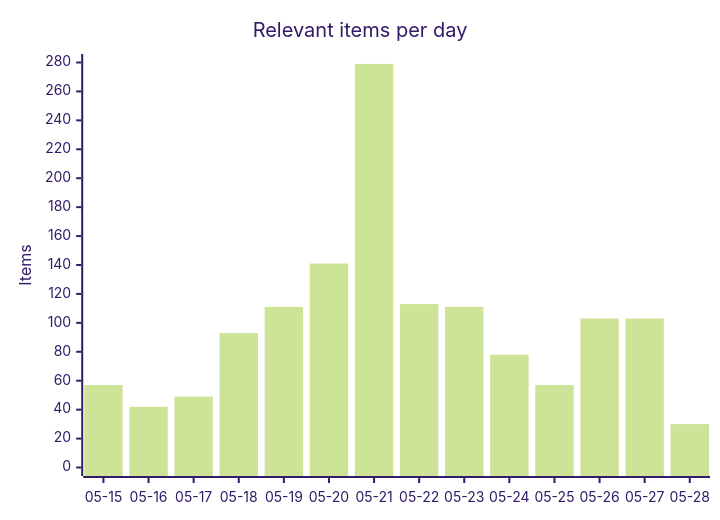
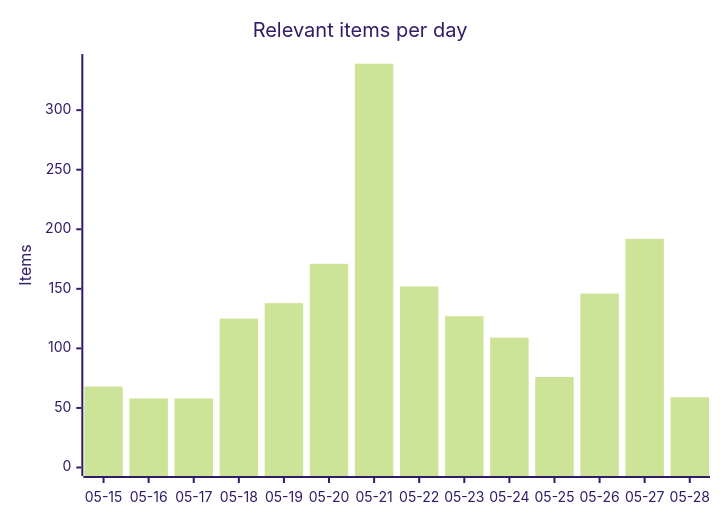
One commit to martinbalfanz/social-scanner-reports changed the first of 4 diagrams in README.md. Above: the diagram before and after it, drawn with Mermaid (forest theme). The commit also changed other lines of this file and 6 other files, not shown here.

````diff
--- a/README.md
+++ b/README.md
@@ -30,7 +30,7 @@
 ```mermaid
 xychart-beta
     title "Relevant items per day"
     x-axis ["05-15", "05-16", "05-17", "05-18", "05-19", "05-20", "05-21", "05-22", "05-23", "05-24", "05-25", "05-26", "05-27", "05-28"]
-    y-axis "Items" 0 --> 280
-    bar [57, 42, 49, 93, 111, 141, 279, 113, 111, 78, 57, 103, 103, 30]
+    y-axis "Items" 0 --> 340
+    bar [68, 58, 58, 125, 138, 171, 339, 152, 127, 109, 76, 146, 192, 59]
 ```
````
